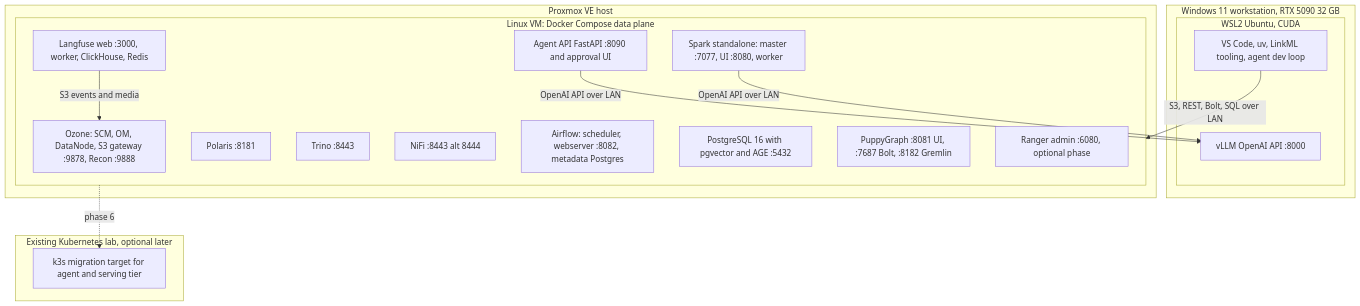
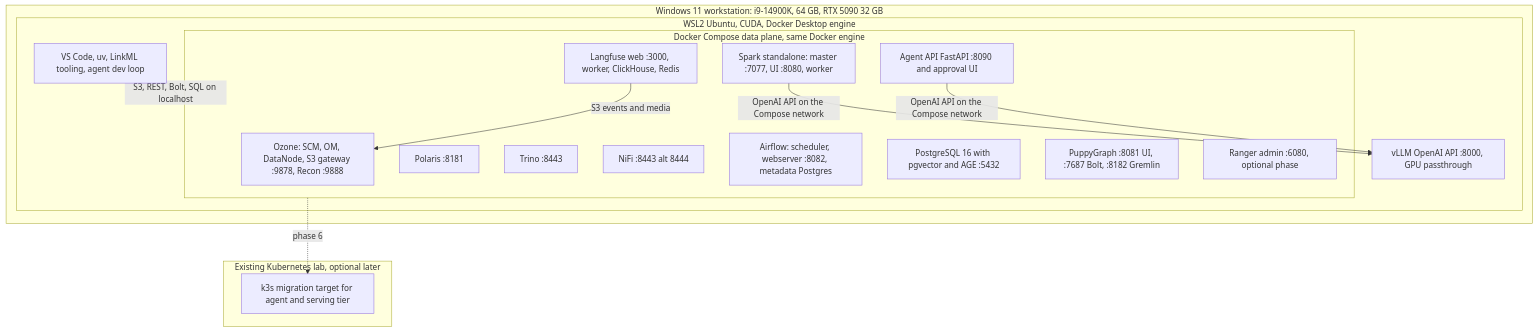
The second of 5 diagrams in SPEC.md (CouseHouse/oag-lakehouse), drawn with Mermaid before and after one commit. The commit also changed other lines of this file and 4 other files, not shown here.

First line of the commit message:
D24: run the whole local stack in WSL2 on the workstation; drop the Proxmox VM

````diff
--- a/SPEC.md
+++ b/SPEC.md
@@ -583,35 +584,32 @@
 ```mermaid
 flowchart TB
-  subgraph WS[Windows 11 workstation, RTX 5090 32 GB]
-    subgraph WSL2[WSL2 Ubuntu, CUDA]
-      VLLM[vLLM OpenAI API :8000]
+  subgraph WS[Windows 11 workstation: i9-14900K, 64 GB, RTX 5090 32 GB]
+    subgraph WSL2[WSL2 Ubuntu, CUDA, Docker Desktop engine]
+      VLLM[vLLM OpenAI API :8000, GPU passthrough]
       DEV[VS Code, uv, LinkML tooling, agent dev loop]
-    end
-  end
-
-  subgraph PVE[Proxmox VE host]
-    subgraph VM[Linux VM: Docker Compose data plane]
+    subgraph VM[Docker Compose data plane, same Docker engine]
       OZ[Ozone: SCM, OM, DataNode, S3 gateway :9878, Recon :9888]
       POL[Polaris :8181]
       SPK[Spark standalone: master :7077, UI :8080, worker]
       TRINO[Trino :8443]
       NIFI[NiFi :8443 alt 8444]
       AF[Airflow: scheduler, webserver :8082, metadata Postgres]
       PGDB[PostgreSQL 16 with pgvector and AGE :5432]
       PUPPY[PuppyGraph :8081 UI, :7687 Bolt, :8182 Gremlin]
       LF[Langfuse web :3000, worker, ClickHouse, Redis]
       AGENT[Agent API FastAPI :8090 and approval UI]
       RANGER[Ranger admin :6080, optional phase]
     end
+    end
   end
 
   subgraph K8S[Existing Kubernetes lab, optional later]
     K3S[k3s migration target for agent and serving tier]
   end
 
-  DEV -- S3, REST, Bolt, SQL over LAN --> VM
-  AGENT -- OpenAI API over LAN --> VLLM
-  SPK -- OpenAI API over LAN --> VLLM
+  DEV -- S3, REST, Bolt, SQL on localhost --> VM
+  AGENT -- OpenAI API on the Compose network --> VLLM
+  SPK -- OpenAI API on the Compose network --> VLLM
   LF -- S3 events and media --> OZ
   VM -. phase 6 .-> K3S
 ```
````
